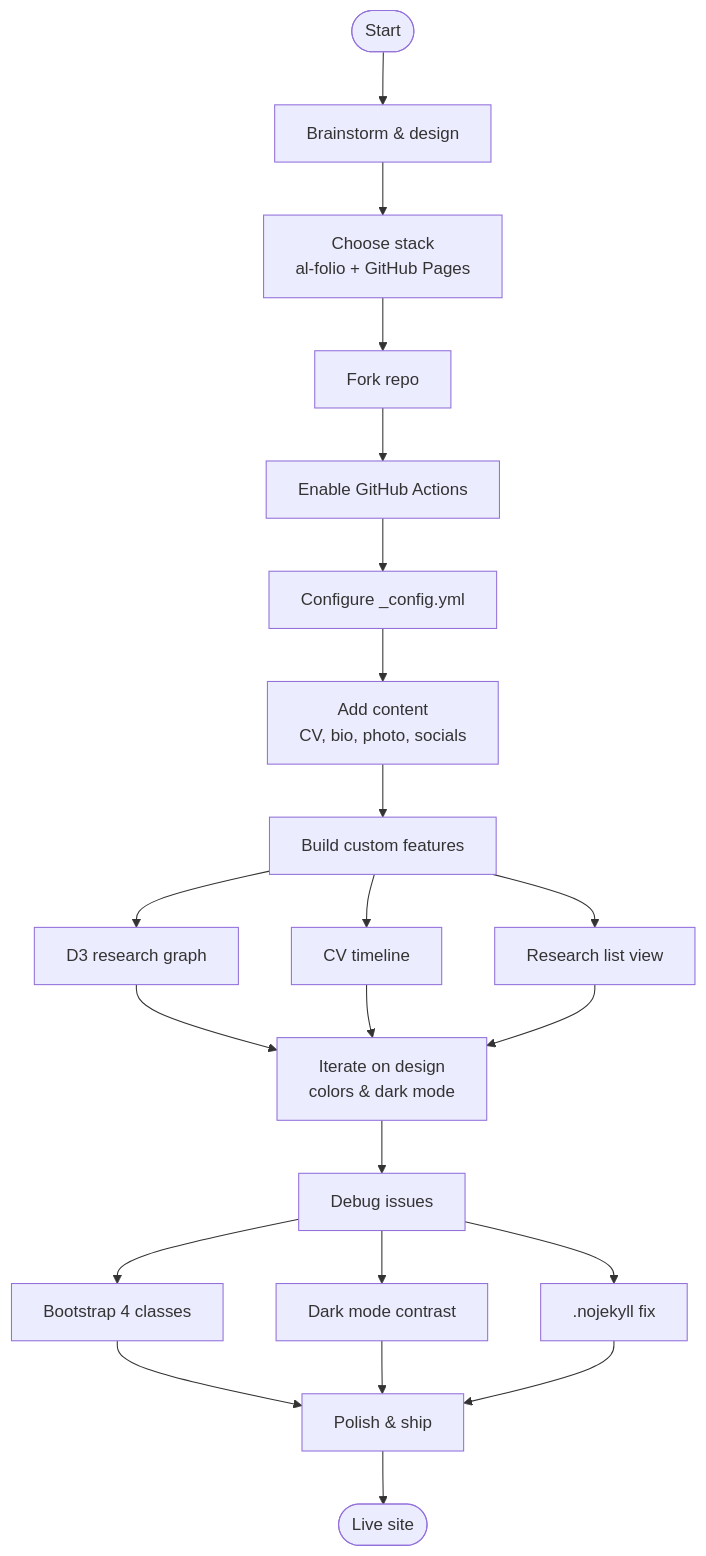
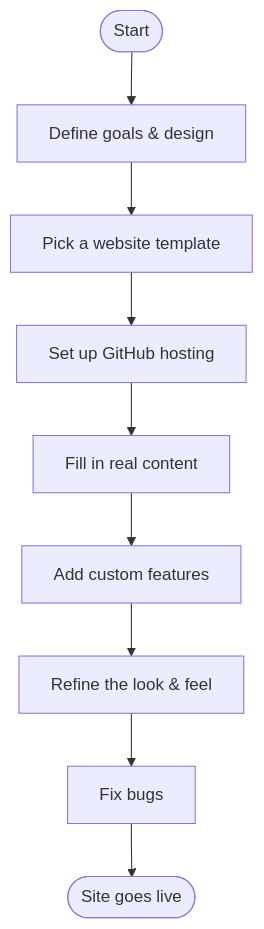
The diagram in _posts/2026-04-20-building-personal-website.md (xiatian-wu/about-me), drawn with Mermaid before and after one commit. The commit also changed other lines of this file and 1 other file, not shown here.

First line of the commit message:
fix: remove dark mode toggle; rewrite blog post for non-technical readers

````diff
--- a/_posts/2026-04-20-building-personal-website.md
+++ b/_posts/2026-04-20-building-personal-website.md
@@ -18,24 +18,11 @@
 ```mermaid
 flowchart TD
-    A([Start]) --> B[Brainstorm & design]
-    B --> C[Choose stack\nal-folio + GitHub Pages]
-    C --> D[Fork repo]
-    D --> E[Enable GitHub Actions]
-    E --> F[Configure _config.yml]
-    F --> G[Add content\nCV, bio, photo, socials]
-    G --> H[Build custom features]
-
-    H --> H1[D3 research graph]
-    H --> H2[CV timeline]
-    H --> H3[Research list view]
-
-    H1 & H2 & H3 --> I[Iterate on design\ncolors & dark mode]
-    I --> J[Debug issues]
-
-    J --> J1[Bootstrap 4 classes]
-    J --> J2[Dark mode contrast]
-    J --> J3[.nojekyll fix]
-
-    J1 & J2 & J3 --> K[Polish & ship]
-    K --> L([Live site])
+    A([Start]) --> B[Define goals & design]
+    B --> C[Pick a website template]
+    C --> D[Set up GitHub hosting]
+    D --> E[Fill in real content]
+    E --> F[Add custom features]
+    F --> G[Refine the look & feel]
+    G --> H[Fix bugs]
+    H --> I([Site goes live])
 ```
````
